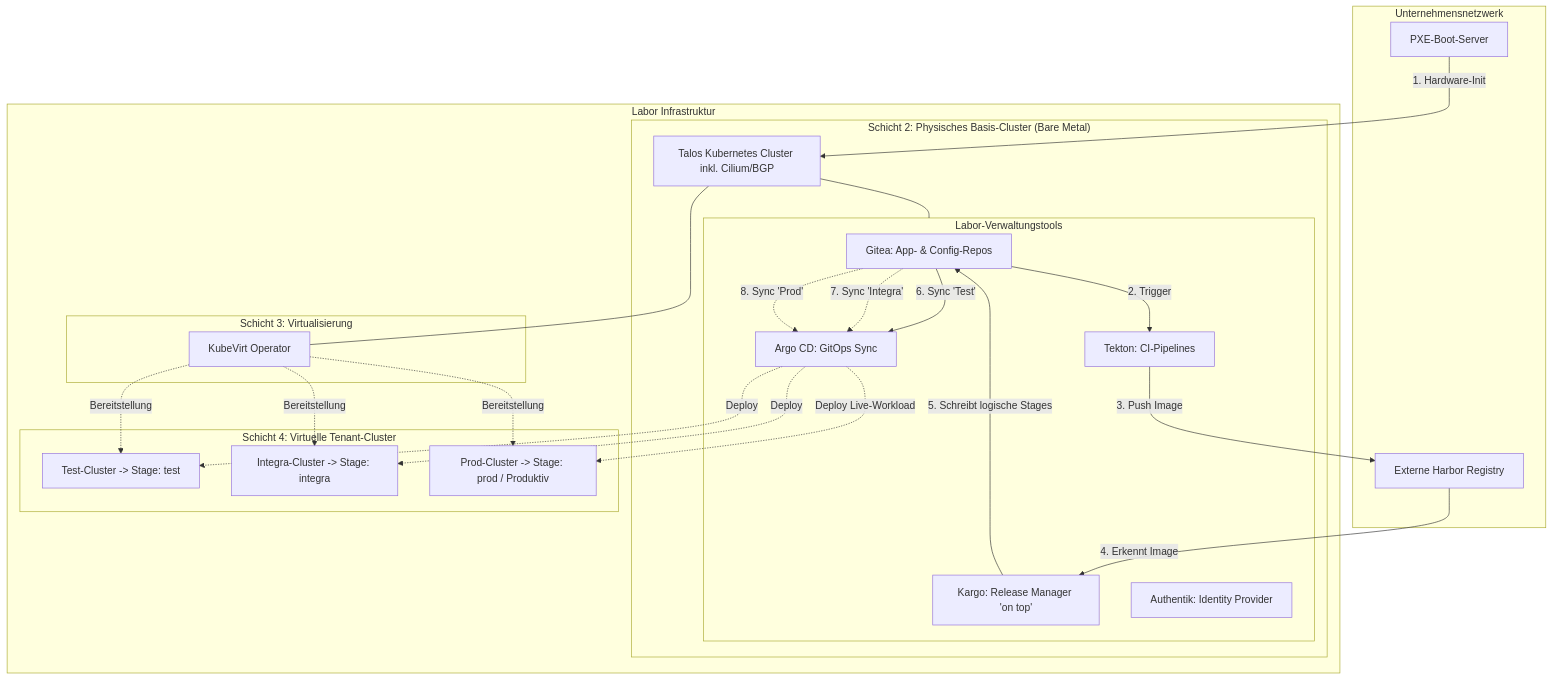
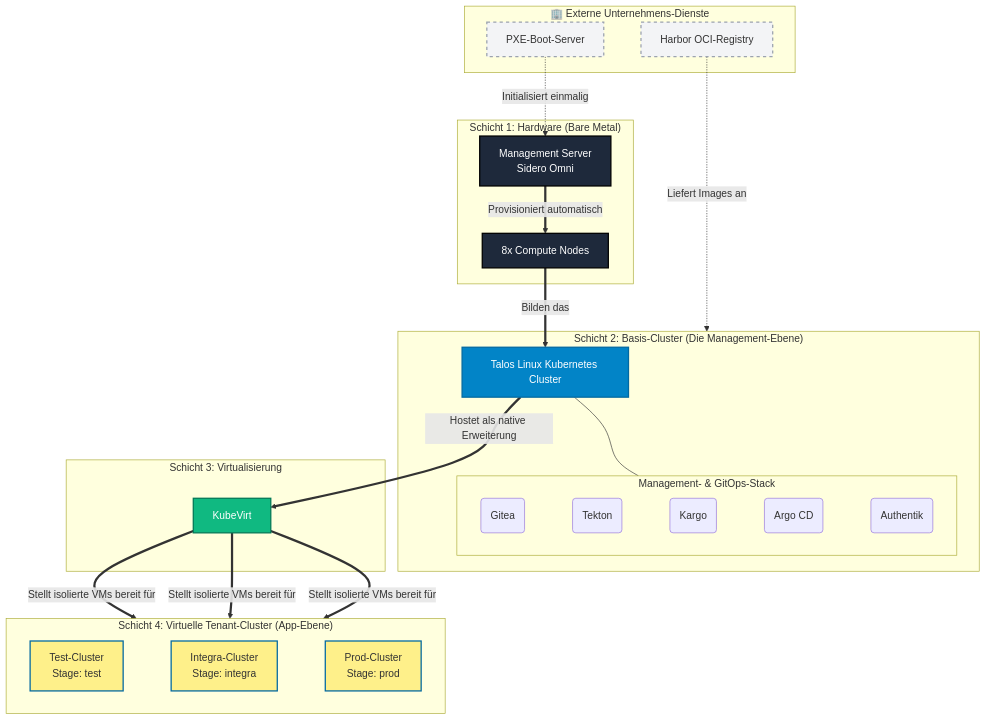
The diagram in konzept.md (larsrmk/dev), drawn with Mermaid before and after one commit.

Commit message:
konzept.md aktualisieren

````diff
--- a/konzept.md
+++ b/konzept.md
@@ -57,53 +57,60 @@
 ```mermaid
 graph TD
-    subgraph Externe_Dienste ["Unternehmensnetzwerk"]
-        PXE[PXE-Boot-Server]
-        Harbor[Externe Harbor Registry]
+    %% Styling Definitionen für mehr Übersichtlichkeit
+    classDef external fill:#f3f4f6,stroke:#9ca3af,stroke-width:2px,stroke-dasharray: 5 5
+    classDef hardware fill:#1e293b,stroke:#000,stroke-width:2px,color:#fff
+    classDef base fill:#0284c7,stroke:#0369a1,stroke-width:2px,color:#fff
+    classDef tool fill:#f8fafc,stroke:#cbd5e1,stroke-width:2px
+    classDef virt fill:#10b981,stroke:#047857,stroke-width:2px,color:#fff
+    classDef tenant fill:#fef08a,stroke:#0369a1,stroke-width:2px
+
+    subgraph Externe_Dienste ["🏢 Externe Unternehmens-Dienste"]
+        PXE[PXE-Boot-Server]:::external
+        Harbor[Harbor OCI-Registry]:::external
     end
 
-    subgraph Labor_Infrastruktur ["Labor Infrastruktur"]
+    subgraph Schicht_1 ["Schicht 1: Hardware (Bare Metal)"]
+        MS[Management Server<br/>Sidero Omni]:::hardware
+        Nodes[8x Compute Nodes]:::hardware
+    end
+
+    subgraph Schicht_2 ["Schicht 2: Basis-Cluster (Die Management-Ebene)"]
+        Talos[Talos Linux Kubernetes Cluster]:::base
         
-        subgraph Schicht_2 ["Schicht 2: Physisches Basis-Cluster (Bare Metal)"]
-            K8s_Base[Talos Kubernetes Cluster inkl. Cilium/BGP]
+        subgraph Tools ["Management- & GitOps-Stack"]
+            direction LR
+            Gitea(Gitea)
+            Tekton(Tekton)
+            Kargo(Kargo)
+            Argo(Argo CD)
+            Auth(Authentik)
             
-            subgraph Tools ["Labor-Verwaltungstools"]
-                Gitea[Gitea: App- & Config-Repos]
-                Tekton[Tekton: CI-Pipelines]
-                Kargo[Kargo: Release Manager 'on top']
-                Argo[Argo CD: GitOps Sync]
-                Auth[Authentik: Identity Provider]
-            end
-        end
-
-        subgraph Schicht_3 ["Schicht 3: Virtualisierung"]
-            KubeVirt[KubeVirt Operator]
-        end
-
-        subgraph Schicht_4 ["Schicht 4: Virtuelle Tenant-Cluster"]
-            VM_Test[Test-Cluster -> Stage: test]
-            VM_Integra[Integra-Cluster -> Stage: integra]
-            VM_Prod[Prod-Cluster -> Stage: prod / Produktiv]
+            Gitea ~~~ Tekton ~~~ Kargo ~~~ Argo ~~~ Auth
         end
     end
 
-    %% Init & Virtualization
-    PXE -->|1. Hardware-Init| K8s_Base
-    K8s_Base --- Tools
-    K8s_Base --- KubeVirt
-    KubeVirt -.->|Bereitstellung| VM_Test
-    KubeVirt -.->|Bereitstellung| VM_Integra
-    KubeVirt -.->|Bereitstellung| VM_Prod
+    subgraph Schicht_3 ["Schicht 3: Virtualisierung"]
+        KV[KubeVirt]:::virt
+    end
 
-    %% GitOps Workflow
-    Gitea -->|2. Trigger| Tekton
-    Tekton -->|3. Push Image| Harbor
-    Harbor -->|4. Erkennt Image| Kargo
-    Kargo -->|5. Schreibt logische Stages| Gitea
-    Gitea -->|6. Sync 'Test'| Argo
-    Argo -.->|Deploy| VM_Test
-    Gitea -.->|7. Sync 'Integra'| Argo
-    Argo -.->|Deploy| VM_Integra
-    Gitea -.->|8. Sync 'Prod'| Argo
-    Argo -.->|Deploy Live-Workload| VM_Prod
+    subgraph Schicht_4 ["Schicht 4: Virtuelle Tenant-Cluster (App-Ebene)"]
+        direction LR
+        Test[Test-Cluster<br>Stage: test]:::tenant
+        Integra[Integra-Cluster<br>Stage: integra]:::tenant
+        Prod[Prod-Cluster<br>Stage: prod]:::tenant
+        
+        Test ~~~ Integra ~~~ Prod
+    end
+
+    %% Vertikaler Aufbau (Die Abhängigkeiten)
+    PXE -.->|Initialisiert einmalig| MS
+    Harbor -.->|Liefert Images an| Schicht_2
+    
+    MS ==>|Provisioniert automatisch| Nodes
+    Nodes ==>|Bilden das| Talos
+    Talos --- Tools
+    
+    Talos ==>|Hostet als native Erweiterung| KV
+    KV ==>|Stellt isolierte VMs bereit für| Test & Integra & Prod
 
 ```
````
